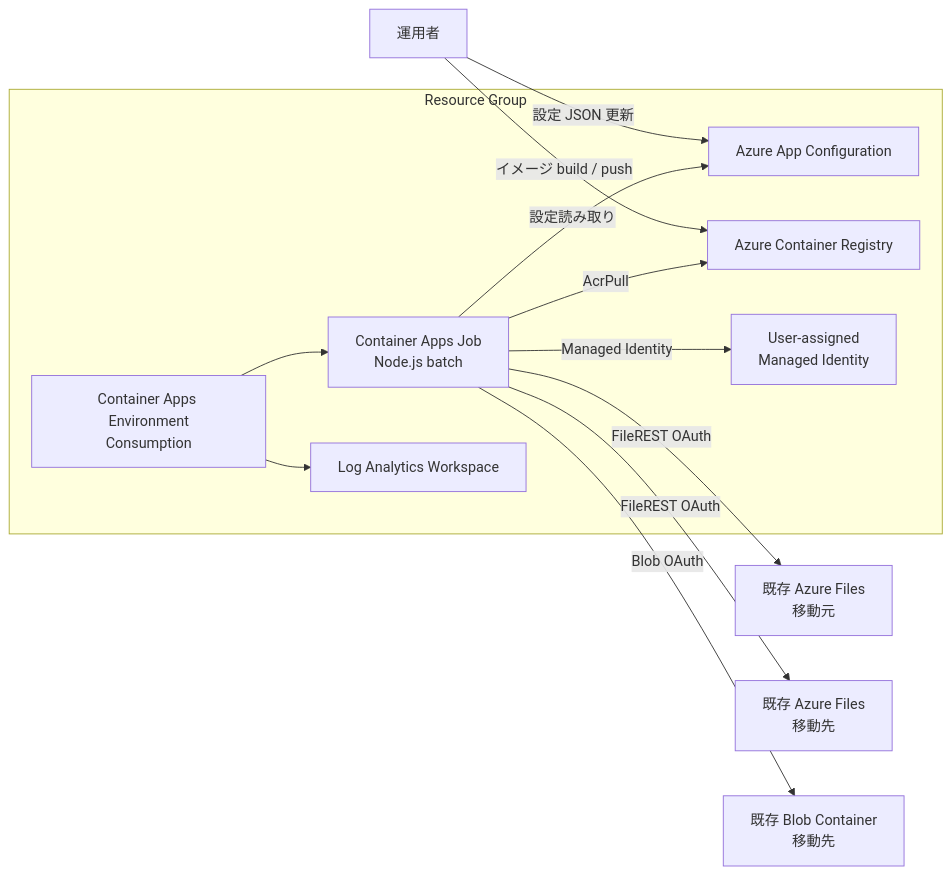
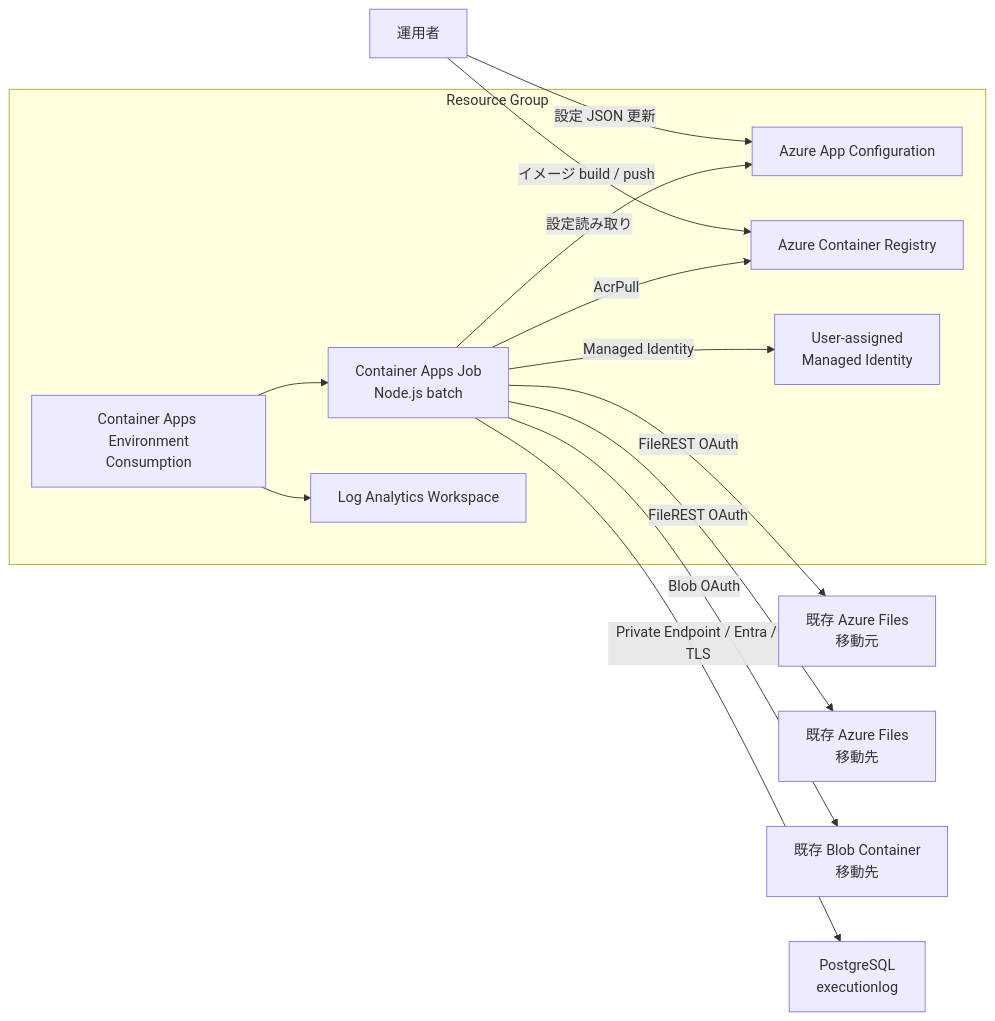
Before and after one commit to atsugoms/sample-azure-files-lifecycle-management: the first of 2 diagrams in docs/infrastructure-design.md, drawn with Mermaid. The commit also changed other lines of this file and 51 other files, not shown here.

````diff
--- a/docs/infrastructure-design.md
+++ b/docs/infrastructure-design.md
@@ -14,23 +20,24 @@
 ```mermaid
 flowchart LR
     Operator[運用者] -->|設定 JSON 更新| AppConfig[Azure App Configuration]
     Operator -->|イメージ build / push| ACR[Azure Container Registry]
 
     subgraph RG[Resource Group]
         Env[Container Apps Environment<br/>Consumption]
         Job[Container Apps Job<br/>Node.js batch]
         Identity[User-assigned<br/>Managed Identity]
         Logs[Log Analytics Workspace]
         AppConfig
         ACR
     end
 
     Env --> Job
     Env --> Logs
     Job -->|Managed Identity| Identity
     Job -->|AcrPull| ACR
     Job -->|設定読み取り| AppConfig
     Job -->|FileREST OAuth| SourceFiles[既存 Azure Files<br/>移動元]
     Job -->|FileREST OAuth| DestinationFiles[既存 Azure Files<br/>移動先]
     Job -->|Blob OAuth| DestinationBlob[既存 Blob Container<br/>移動先]
+    Job -->|Private Endpoint / Entra / TLS| History[PostgreSQL<br/>executionlog]
 ```
````
